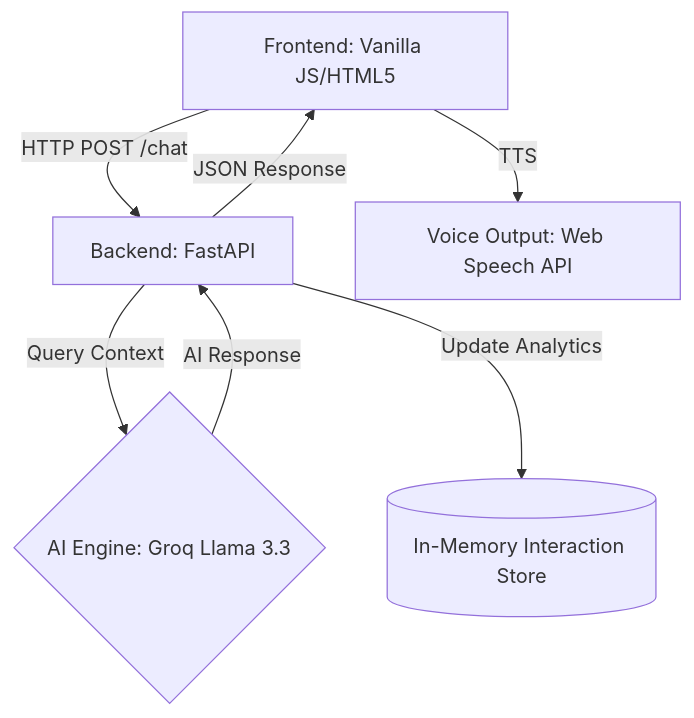
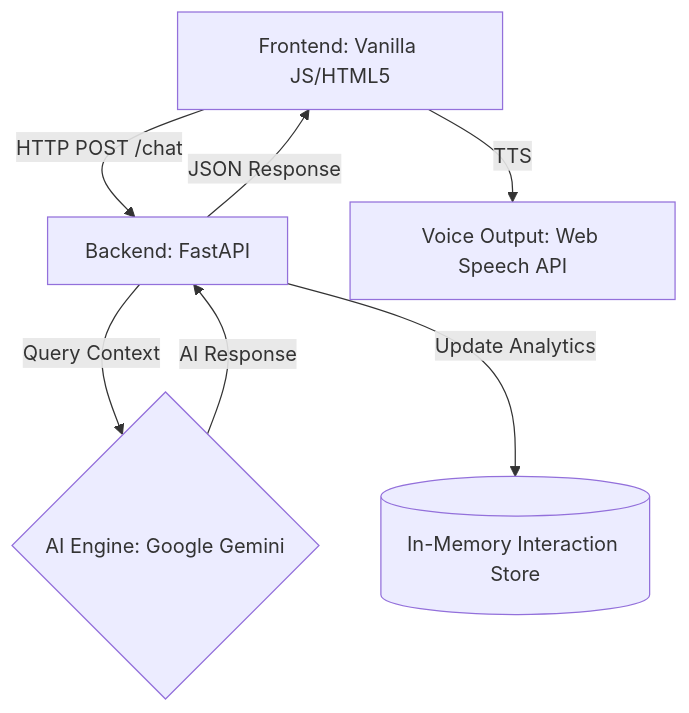
The diagram in README.md (rashedulalbab253/Customer_voice_agent), drawn with Mermaid before and after one commit. The commit also changed other lines of this file and 4 other files, not shown here.

````diff
--- a/README.md
+++ b/README.md
@@ -16,9 +15,9 @@
 ```mermaid
 graph TD
     A[Frontend: Vanilla JS/HTML5] -->|HTTP POST /chat| B[Backend: FastAPI]
-    B -->|Query Context| C{AI Engine: Groq Llama 3.3}
+    B -->|Query Context| C{AI Engine: Google Gemini}
     C -->|AI Response| B
     B -->|Update Analytics| D[(In-Memory Interaction Store)]
     B -->|JSON Response| A
     A -->|TTS| E[Voice Output: Web Speech API]
 ```
````
